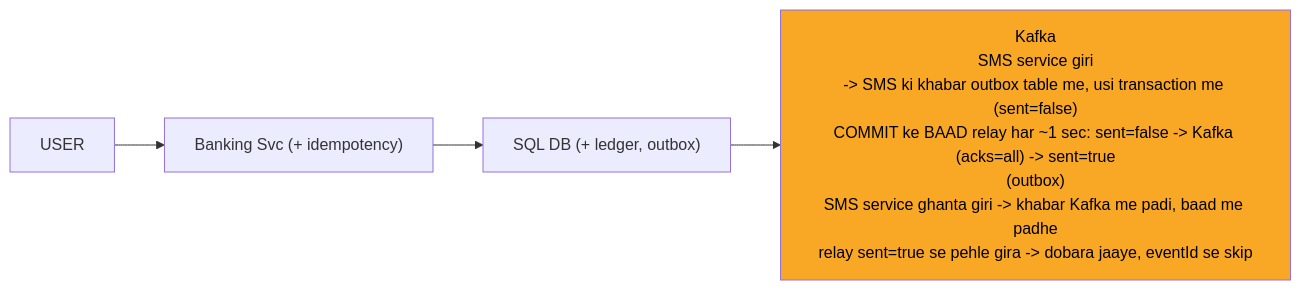
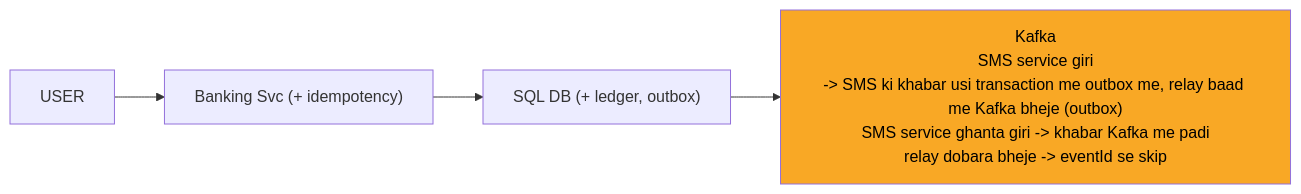
Before and after one commit to ArpanMaheshwari144/Prep: the diagram in 04_HLD/SYSTEM_DESIGNS/13_banking_system/img/c5.mmd, drawn with Mermaid. The commit also changed 76 other files, not shown here.

```diff
--- a/04_HLD/SYSTEM_DESIGNS/13_banking_system/img/c5.mmd
+++ b/04_HLD/SYSTEM_DESIGNS/13_banking_system/img/c5.mmd
@@ -1,10 +1,10 @@
 %%{init: {"flowchart": {"wrappingWidth": 450}}}%%
 flowchart LR
     n_USER["USER"]
     n_SVC["Banking Svc (+ idempotency)"]
     n_DB["SQL DB (+ ledger, outbox)"]
-    n_K["Kafka<br/>SMS service giri<br/>-> SMS ki khabar outbox table me, usi transaction me (sent=false)<br/>COMMIT ke BAAD relay har ~1 sec: sent=false -> Kafka (acks=all) -> sent=true<br/>(outbox)<br/>SMS service ghanta giri -> khabar Kafka me padi, baad me padhe<br/>relay sent=true se pehle gira -> dobara jaaye, eventId se skip"]
+    n_K["Kafka<br/>SMS service giri<br/>-> SMS ki khabar usi transaction me outbox me, relay baad me Kafka bheje (outbox)<br/>SMS service ghanta giri -> khabar Kafka me padi<br/>relay dobara bheje -> eventId se skip"]
     n_USER --> n_SVC
     n_SVC --> n_DB
     n_DB --> n_K
     style n_K fill:#f9a825,color:#000
```
